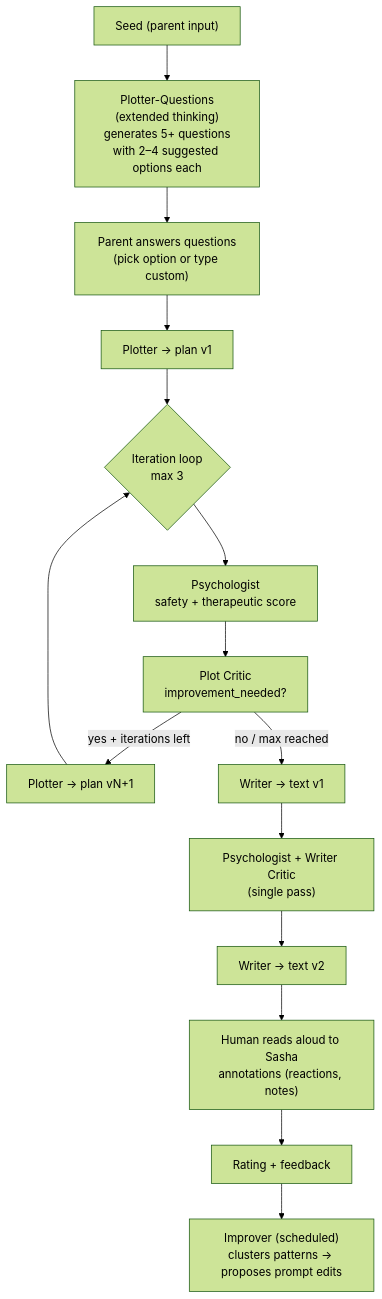
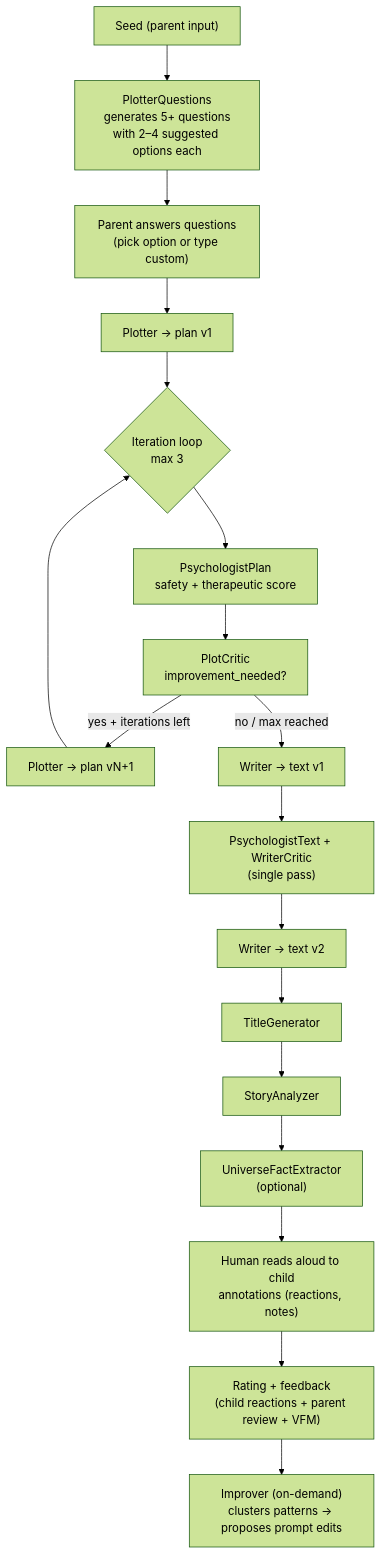
Before and after one commit to ikushlianski/bedtime-stories: the second of 3 diagrams in ARCHITECTURE.md, drawn with Mermaid (forest theme). The commit also changed other lines of this file and 2 other files, not shown here.

First line of the commit message:
docs: update ARCHITECTURE and README to reflect OpenRouter migration

````diff
--- a/ARCHITECTURE.md
+++ b/ARCHITECTURE.md
@@ -15,19 +15,22 @@
 ```mermaid
 flowchart TD
-    Seed["Seed (parent input)"] --> Q["Plotter-Questions\n(extended thinking)\ngenerates 5+ questions\nwith 2–4 suggested options each"]
+    Seed["Seed (parent input)"] --> Q["PlotterQuestions\ngenerates 5+ questions\nwith 2–4 suggested options each"]
     Q --> Answers["Parent answers questions\n(pick option or type custom)"]
     Answers --> Plan["Plotter → plan v1"]
 
     Plan --> Loop{"Iteration loop\nmax 3"}
-    Loop --> Psych["Psychologist\nsafety + therapeutic score"]
-    Psych --> Critic["Plot Critic\nimprovement_needed?"]
+    Loop --> Psych["PsychologistPlan\nsafety + therapeutic score"]
+    Psych --> Critic["PlotCritic\nimprovement_needed?"]
     Critic -- "yes + iterations left" --> Plan2["Plotter → plan vN+1"]
     Plan2 --> Loop
     Critic -- "no / max reached" --> Writer["Writer → text v1"]
 
-    Writer --> TextPass["Psychologist + Writer Critic\n(single pass)"]
+    Writer --> TextPass["PsychologistText + WriterCritic\n(single pass)"]
     TextPass --> Writer2["Writer → text v2"]
-    Writer2 --> Reader["Human reads aloud to Sasha\nannotations (reactions, notes)"]
-    Reader --> FB["Rating + feedback"]
-    FB --> Improver["Improver (scheduled)\nclusters patterns → proposes prompt edits"]
+    Writer2 --> Title["TitleGenerator"]
+    Title --> Analyzer["StoryAnalyzer"]
+    Analyzer --> UniverseExtractor["UniverseFactExtractor\n(optional)"]
+    UniverseExtractor --> Reader["Human reads aloud to child\nannotations (reactions, notes)"]
+    Reader --> FB["Rating + feedback\n(child reactions + parent review + VFM)"]
+    FB --> Improver["Improver (on-demand)\nclusters patterns → proposes prompt edits"]
 ```
````
